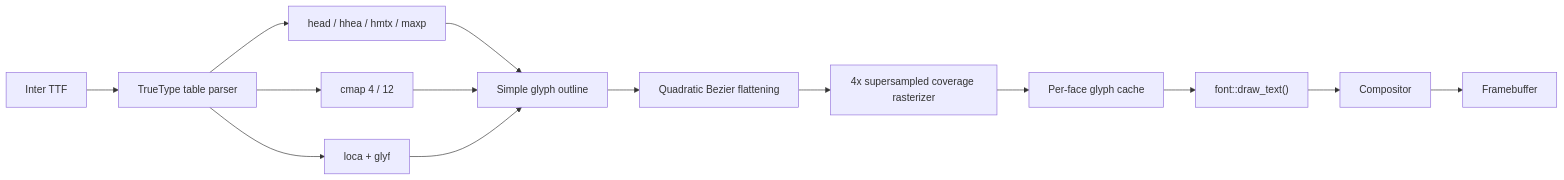
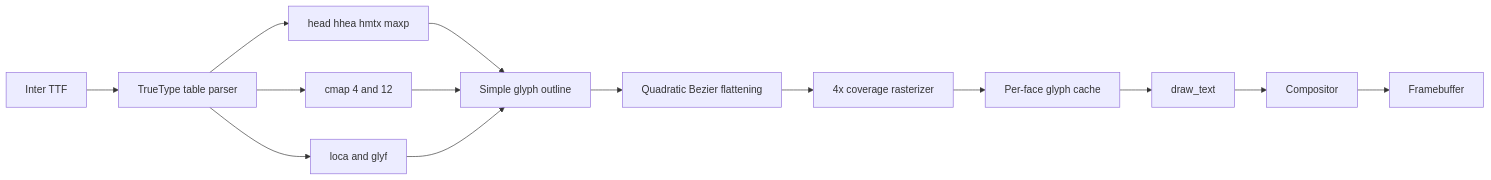
One commit to NotY215/NotYVOS changed diagram 43 of 47 in docs/data flow.md. Above: the diagram before and after it, drawn with Mermaid. The commit also changed other lines of this file and 3 other files, not shown here.

First line of the commit message:
Avoid Mermaid class tokens in TrueType diagram labels

````diff
--- a/docs/data flow.md
+++ b/docs/data flow.md
@@ -661,16 +662,16 @@
 ```mermaid
 flowchart LR
-    FONT["Inter TTF"] --> PARSE["TrueType table parser"]
-    PARSE --> HEAD["head / hhea / hmtx / maxp"]
-    PARSE --> CMAP["cmap 4 / 12"]
-    PARSE --> LOCA["loca + glyf"]
-    HEAD --> GLYPH["Simple glyph outline"]
+    FONT[Inter TTF] --> PARSE[TrueType table parser]
+    PARSE --> HEAD[head hhea hmtx maxp]
+    PARSE --> CMAP[cmap 4 and 12]
+    PARSE --> LOCA[loca and glyf]
+    HEAD --> GLYPH[Simple glyph outline]
     CMAP --> GLYPH
     LOCA --> GLYPH
-    GLYPH --> FLAT["Quadratic Bezier flattening"]
-    FLAT --> RASTER["4x supersampled coverage rasterizer"]
-    RASTER --> CACHE["Per-face glyph cache"]
-    CACHE --> DRAW["font::draw_text()"]
-    DRAW --> COMP["Compositor"]
-    COMP --> FB["Framebuffer"]
+    GLYPH --> FLAT[Quadratic Bezier flattening]
+    FLAT --> RASTER[4x coverage rasterizer]
+    RASTER --> CACHE[Per-face glyph cache]
+    CACHE --> DRAW[draw_text]
+    DRAW --> COMP[Compositor]
+    COMP --> FB[Framebuffer]
 ```
````
